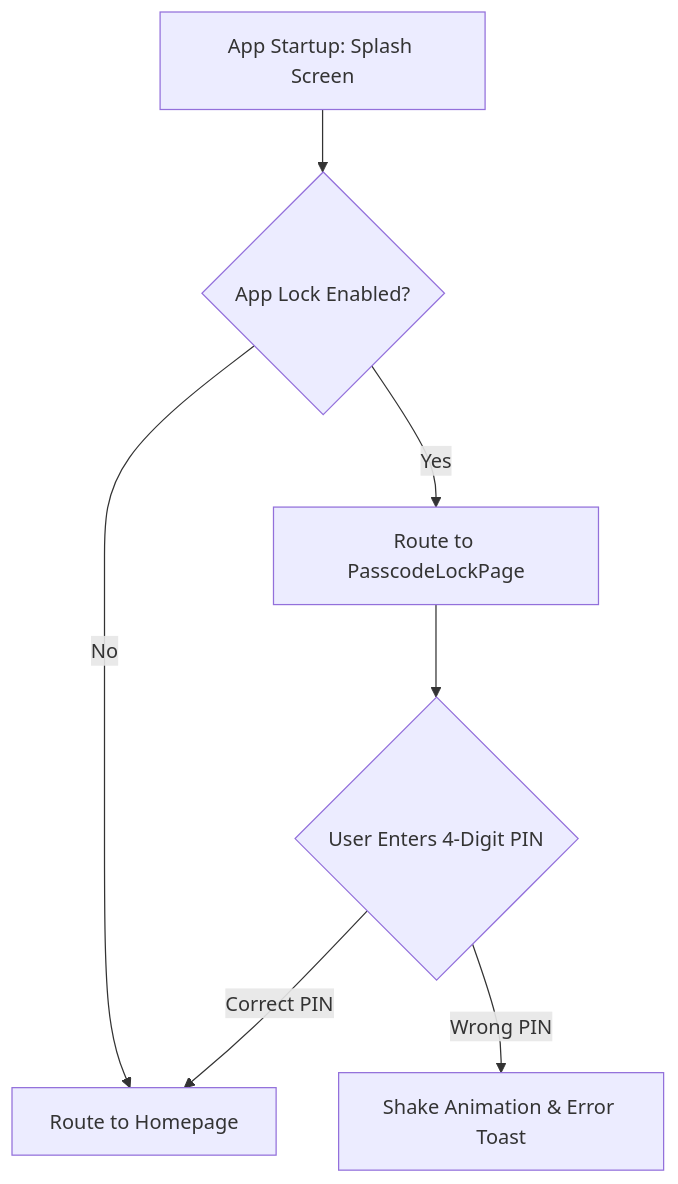
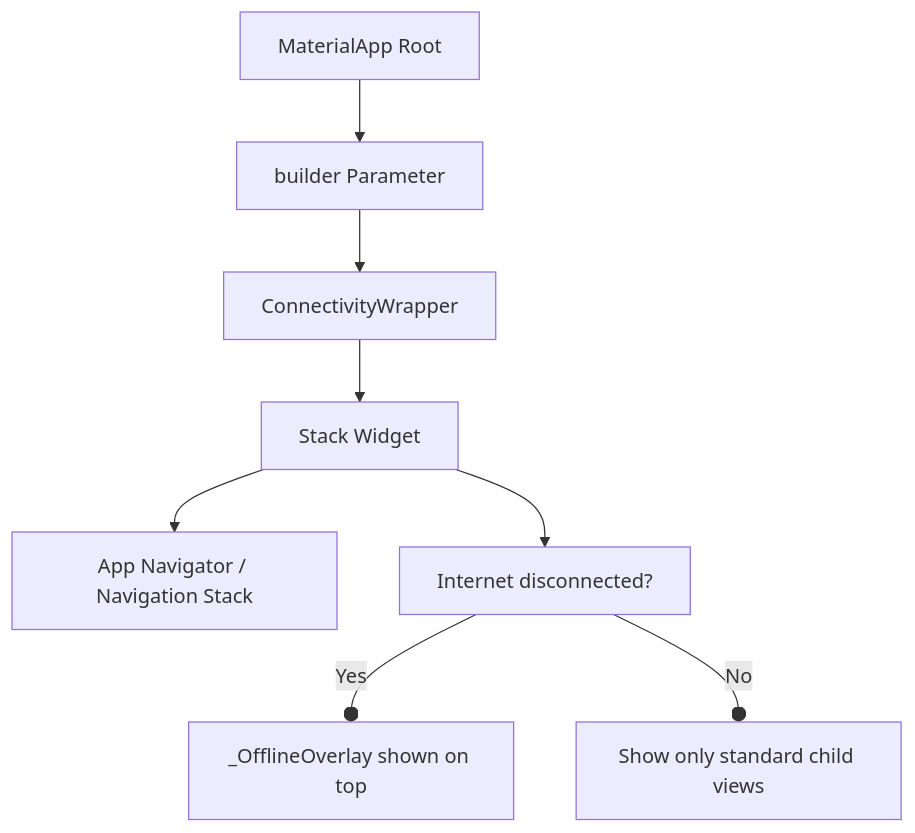
Before and after one commit to Aryan0288/know_your_transactions: the second of 2 diagrams in lib/features/transaction/implementation_explain.md, drawn with Mermaid. The commit also changed other lines of this file and 27 other files, not shown here.

````diff
--- a/lib/features/transaction/implementation_explain.md
+++ b/lib/features/transaction/implementation_explain.md
@@ -39,9 +226,10 @@
 ```mermaid
 graph TD
-    A[App Startup: Splash Screen] --> B{App Lock Enabled?}
-    B -- Yes --> C[Route to PasscodeLockPage]
-    B -- No --> D[Route to Homepage]
-    C --> E{User Enters 4-Digit PIN}
-    E -- Correct PIN --> D
-    E -- Wrong PIN --> F[Shake Animation & Error Toast]
+    A[MaterialApp Root] --> B[builder Parameter]
+    B --> C[ConnectivityWrapper]
+    C --> D[Stack Widget]
+    D --> E[App Navigator / Navigation Stack]
+    D --> F[Internet disconnected?]
+    F -- Yes --o G[_OfflineOverlay shown on top]
+    F -- No --o H[Show only standard child views]
 ```
````
